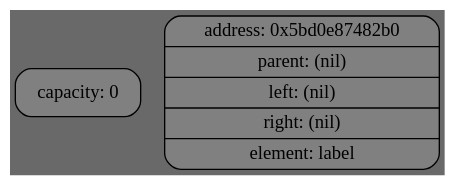
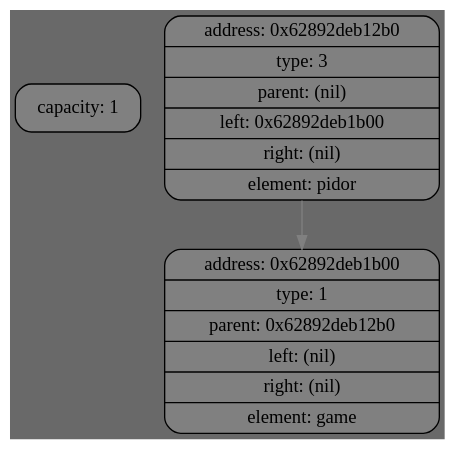
Before and after one commit to demagogen/akinator: the diagram in dotfile.gv, drawn with Graphviz. The commit also changed 11 other files, not shown here.

```diff
--- a/dotfile.gv
+++ b/dotfile.gv
@@ -1,7 +1,10 @@
 digraph {bgcolor="#696969" rankdir = TB
-Info[shape=Mrecord,style=filled,fillcolor="grey",label="capacity: 0",fontcolor = "black",fontsize = 14];
+Info[shape=Mrecord,style=filled,fillcolor="grey",label="capacity: 1",fontcolor = "black",fontsize = 14];
 
-node0[shape=Mrecord, style=filled, fillcolor="grey", label=" {address: 0x5bd0e87482b0 | parent: (nil) | left:   (nil) | right:  (nil) | element: label}"];  
+node0[shape=Mrecord, style=filled, fillcolor="grey", label=" {address: 0x62892deb12b0 | type:   3 | parent: (nil) | left:   0x62892deb1b00 | right:  (nil) | element: pidor}"];  
+
+node0->node1[color = "grey"];
+node1[shape=Mrecord, style=filled, fillcolor="grey", label=" {address: 0x62892deb1b00 | type:   1 | parent: 0x62892deb12b0 | left:   (nil) | right:  (nil) | element: game}"];  
 
 
 }
```
